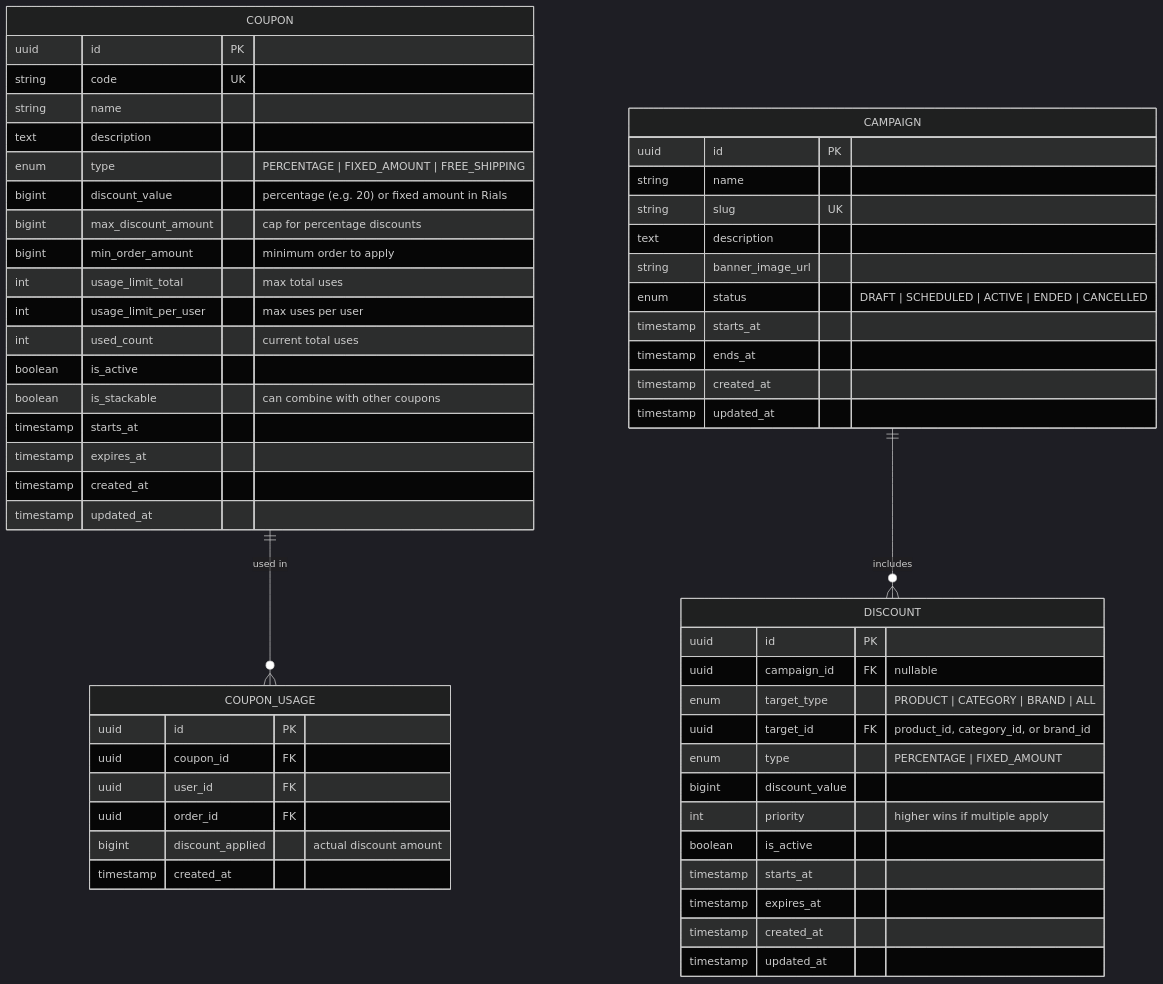
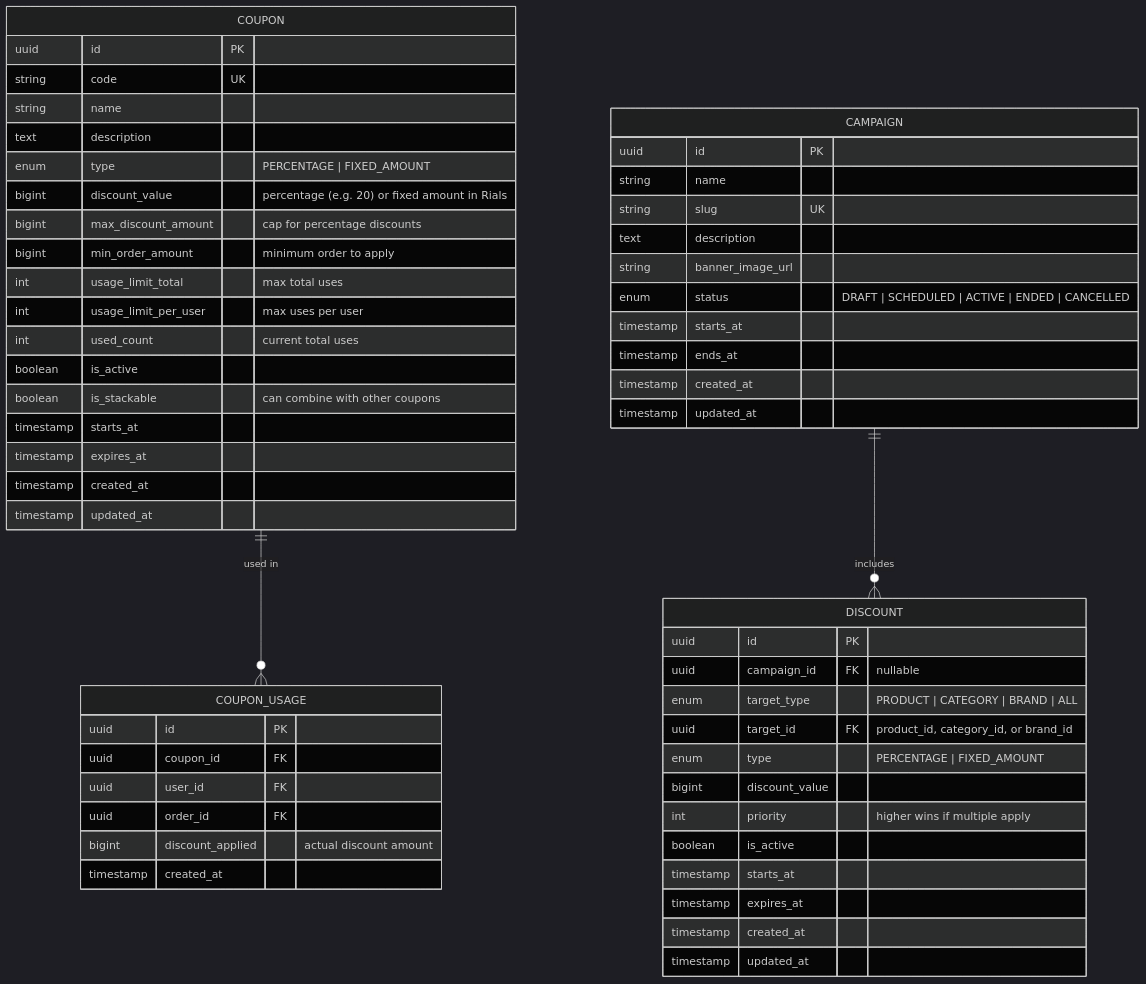
Before and after one commit to aroux30/site: diagram 11 of 15 in docs/architecture/erd.md, drawn with Mermaid (dark theme). The commit also changed other lines of this file and 1322 other files, not shown here.

````diff
--- a/docs/architecture/erd.md
+++ b/docs/architecture/erd.md
@@ -729,62 +711,62 @@
 ```mermaid
 erDiagram
     COUPON {
         uuid id PK
         string code UK
         string name
         text description
-        enum type "PERCENTAGE | FIXED_AMOUNT | FREE_SHIPPING"
+        enum type "PERCENTAGE | FIXED_AMOUNT"
         bigint discount_value "percentage (e.g. 20) or fixed amount in Rials"
         bigint max_discount_amount "cap for percentage discounts"
         bigint min_order_amount "minimum order to apply"
         int usage_limit_total "max total uses"
         int usage_limit_per_user "max uses per user"
         int used_count "current total uses"
         boolean is_active
         boolean is_stackable "can combine with other coupons"
         timestamp starts_at
         timestamp expires_at
         timestamp created_at
         timestamp updated_at
     }
 
     COUPON_USAGE {
         uuid id PK
         uuid coupon_id FK
         uuid user_id FK
         uuid order_id FK
         bigint discount_applied "actual discount amount"
         timestamp created_at
     }
 
     DISCOUNT {
         uuid id PK
         uuid campaign_id FK "nullable"
         enum target_type "PRODUCT | CATEGORY | BRAND | ALL"
         uuid target_id FK "product_id, category_id, or brand_id"
         enum type "PERCENTAGE | FIXED_AMOUNT"
         bigint discount_value
         int priority "higher wins if multiple apply"
         boolean is_active
         timestamp starts_at
         timestamp expires_at
         timestamp created_at
         timestamp updated_at
     }
 
     CAMPAIGN {
         uuid id PK
         string name
         string slug UK
         text description
         string banner_image_url
         enum status "DRAFT | SCHEDULED | ACTIVE | ENDED | CANCELLED"
         timestamp starts_at
         timestamp ends_at
         timestamp created_at
         timestamp updated_at
     }
 
     COUPON ||--o{ COUPON_USAGE : "used in"
     CAMPAIGN ||--o{ DISCOUNT : includes
 ```
````
